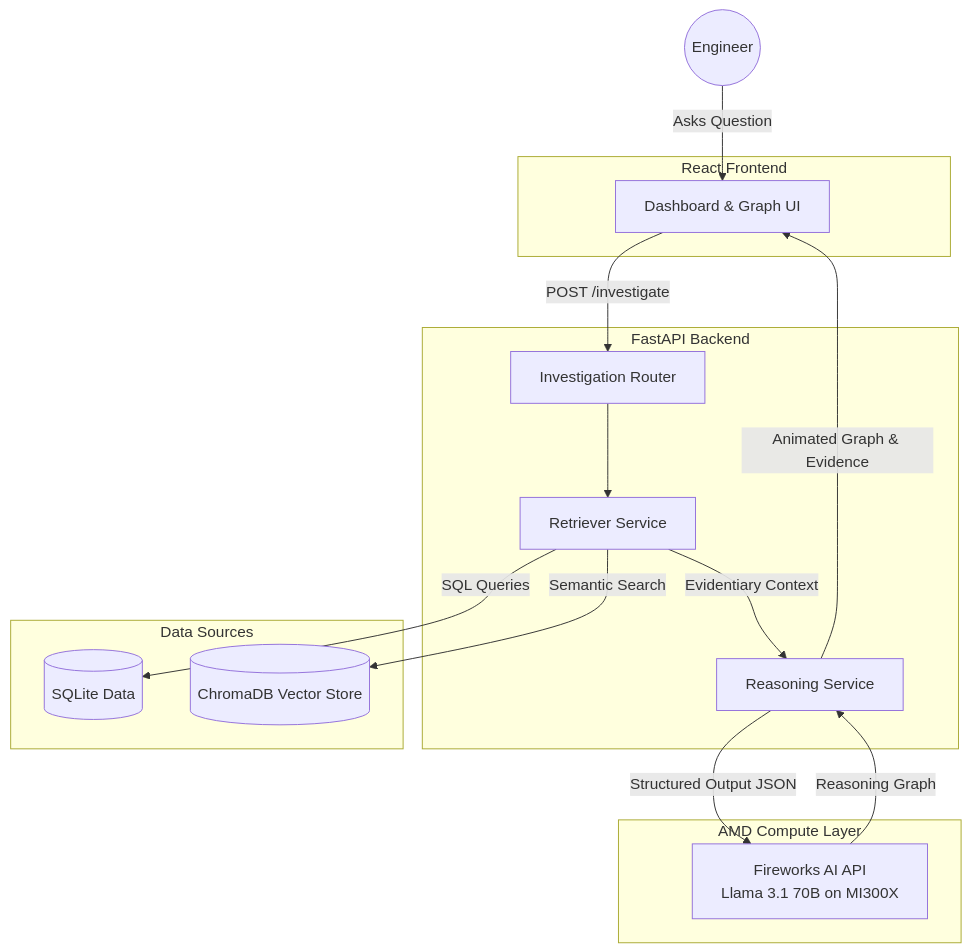
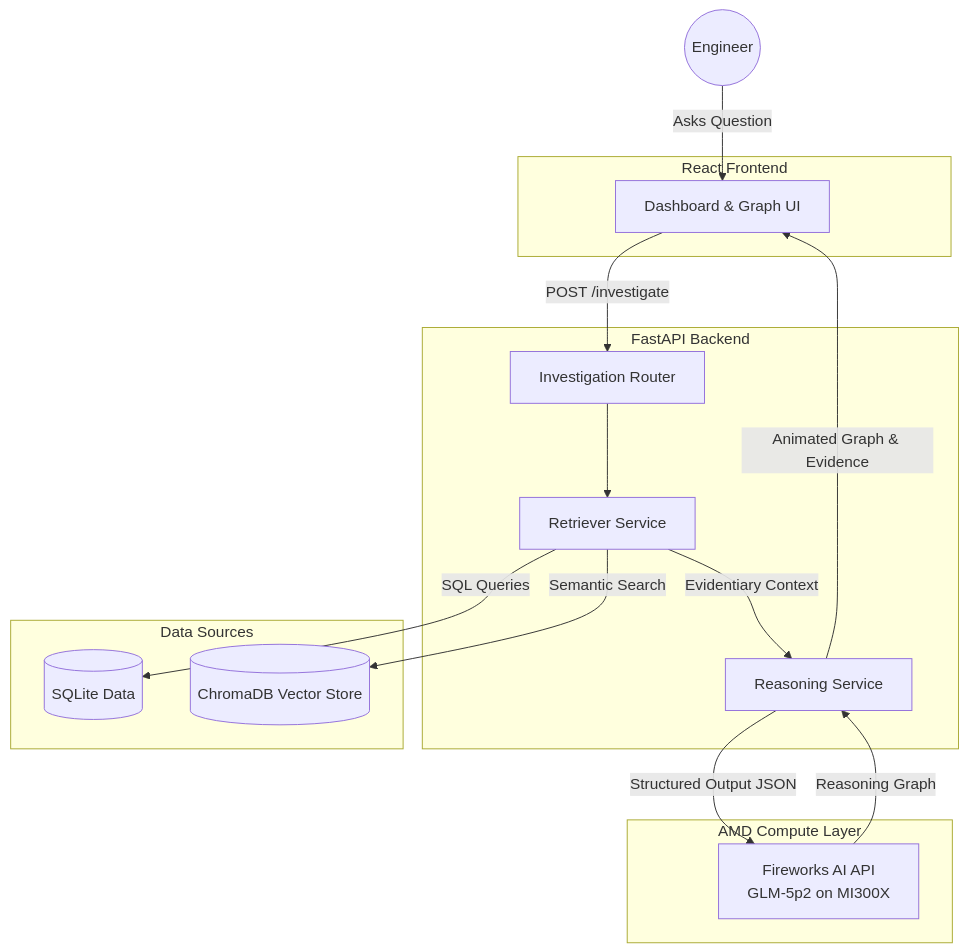
Before and after one commit to catnipconnoisseur/Sentinel: the diagram in README.md, drawn with Mermaid. The commit also changed other lines of this file and 21 other files, not shown here.

````diff
--- a/README.md
+++ b/README.md
@@ -19,39 +19,39 @@
 ```mermaid
 graph TD
     %% Users
     User((Engineer))
 
     %% Frontend
     subgraph Frontend [React Frontend]
         UI[Dashboard & Graph UI]
     end
 
     %% Backend
     subgraph Backend [FastAPI Backend]
         API[Investigation Router]
         Retriever[Retriever Service]
         Reasoner[Reasoning Service]
     end
 
     %% Data Sources
     subgraph Data [Data Sources]
         SQLite[(SQLite Data)]
         Chroma[(ChromaDB Vector Store)]
     end
 
     %% External
     subgraph AMD [AMD Compute Layer]
-        Fireworks[Fireworks AI API<br/>Llama 3.1 70B on MI300X]
+        Fireworks[Fireworks AI API<br/>GLM-5p2 on MI300X]
     end
 
     %% Flow
     User -->|Asks Question| UI
     UI -->|POST /investigate| API
     API --> Retriever
     Retriever -->|SQL Queries| SQLite
     Retriever -->|Semantic Search| Chroma
     Retriever -->|Evidentiary Context| Reasoner
     Reasoner -->|Structured Output JSON| Fireworks
     Fireworks -->|Reasoning Graph| Reasoner
     Reasoner -->|Animated Graph & Evidence| UI
 ```
````
